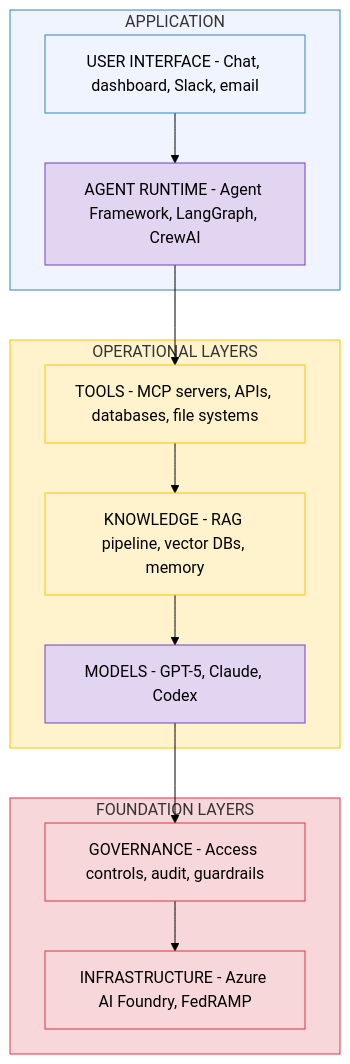
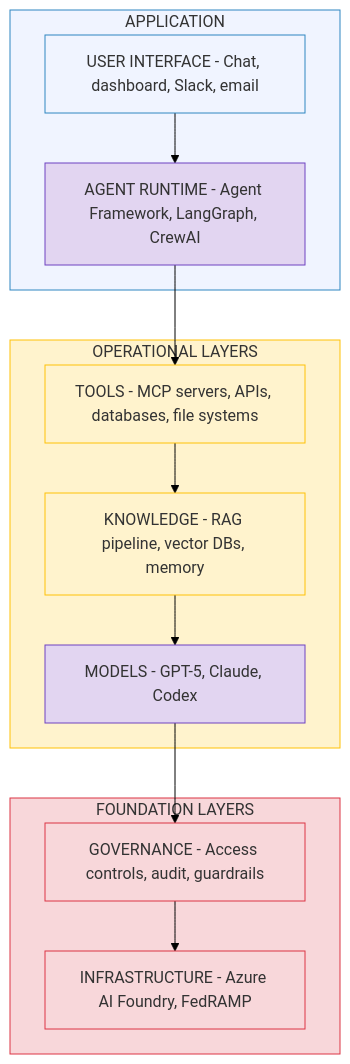
Before and after one commit to ithinktavo/GenAI-Engineering-Handbook: the seventh of 7 diagrams in docs/07-agentic-ai.md, drawn with Mermaid (forest theme). The commit also changed other lines of this file and 9 other files, not shown here.

Commit message:
Fix Mermaid diagram text contrast: add color:#333 for readable dark text on colored backgrounds

````diff
--- a/docs/07-agentic-ai.md
+++ b/docs/07-agentic-ai.md
@@ -263,31 +263,31 @@
 ```mermaid
 graph TD
     subgraph App ["APPLICATION"]
         UI["USER INTERFACE - Chat, dashboard, Slack, email"]
         Runtime["AGENT RUNTIME - Agent Framework, LangGraph, CrewAI"]
     end
 
     subgraph Ops ["OPERATIONAL LAYERS"]
         Tools["TOOLS - MCP servers, APIs, databases, file systems"]
         Knowledge["KNOWLEDGE - RAG pipeline, vector DBs, memory"]
         Models["MODELS - GPT-5, Claude, Codex"]
     end
 
     subgraph Foundation ["FOUNDATION LAYERS"]
         Gov["GOVERNANCE - Access controls, audit, guardrails"]
         Infra["INFRASTRUCTURE - Azure AI Foundry, FedRAMP"]
     end
 
     UI --> Runtime --> Tools --> Knowledge --> Models --> Gov --> Infra
 
-    style UI fill:#f0f4ff,stroke:#2E86C1
-    style Runtime fill:#e2d5f1,stroke:#6f42c1
-    style Tools fill:#fff3cd,stroke:#ffc107
-    style Knowledge fill:#fff3cd,stroke:#ffc107
-    style Models fill:#e2d5f1,stroke:#6f42c1
-    style Gov fill:#f8d7da,stroke:#dc3545
-    style Infra fill:#f8d7da,stroke:#dc3545
-    style App fill:#f0f4ff,stroke:#2E86C1
-    style Ops fill:#fff3cd,stroke:#ffc107
-    style Foundation fill:#f8d7da,stroke:#dc3545
+    style UI fill:#f0f4ff,stroke:#2E86C1,color:#333
+    style Runtime fill:#e2d5f1,stroke:#6f42c1,color:#333
+    style Tools fill:#fff3cd,stroke:#ffc107,color:#333
+    style Knowledge fill:#fff3cd,stroke:#ffc107,color:#333
+    style Models fill:#e2d5f1,stroke:#6f42c1,color:#333
+    style Gov fill:#f8d7da,stroke:#dc3545,color:#333
+    style Infra fill:#f8d7da,stroke:#dc3545,color:#333
+    style App fill:#f0f4ff,stroke:#2E86C1,color:#333
+    style Ops fill:#fff3cd,stroke:#ffc107,color:#333
+    style Foundation fill:#f8d7da,stroke:#dc3545,color:#333
 ```
````
